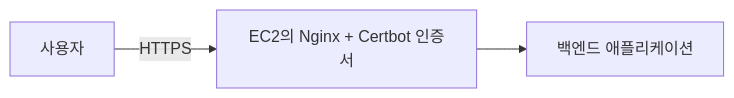
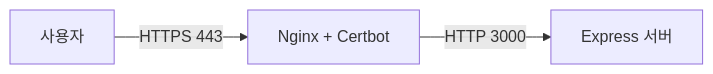
The diagram in DevOps/aws/03-ELB-HTTPS-연결/10-Nginx-Certbot으로-HTTPS-연결.md (sehyeon262/TIL), drawn with Mermaid before and after one commit. The commit also changed other lines of this file, not shown here.

First line of the commit message:
docs: Nginx Certbot HTTPS 연결 과정 정리

````diff
--- a/DevOps/aws/03-ELB-HTTPS-연결/10-Nginx-Certbot으로-HTTPS-연결.md
+++ b/DevOps/aws/03-ELB-HTTPS-연결/10-Nginx-Certbot으로-HTTPS-연결.md
@@ -25,5 +9,5 @@
 ```mermaid
 flowchart LR
-    User[사용자] -->|HTTPS| Nginx["EC2의 Nginx + Certbot 인증서"]
-    Nginx --> App[백엔드 애플리케이션]
+    User[사용자] -->|HTTPS 443| Nginx["Nginx + Certbot"]
+    Nginx -->|HTTP 3000| Express[Express 서버]
 ```
````
